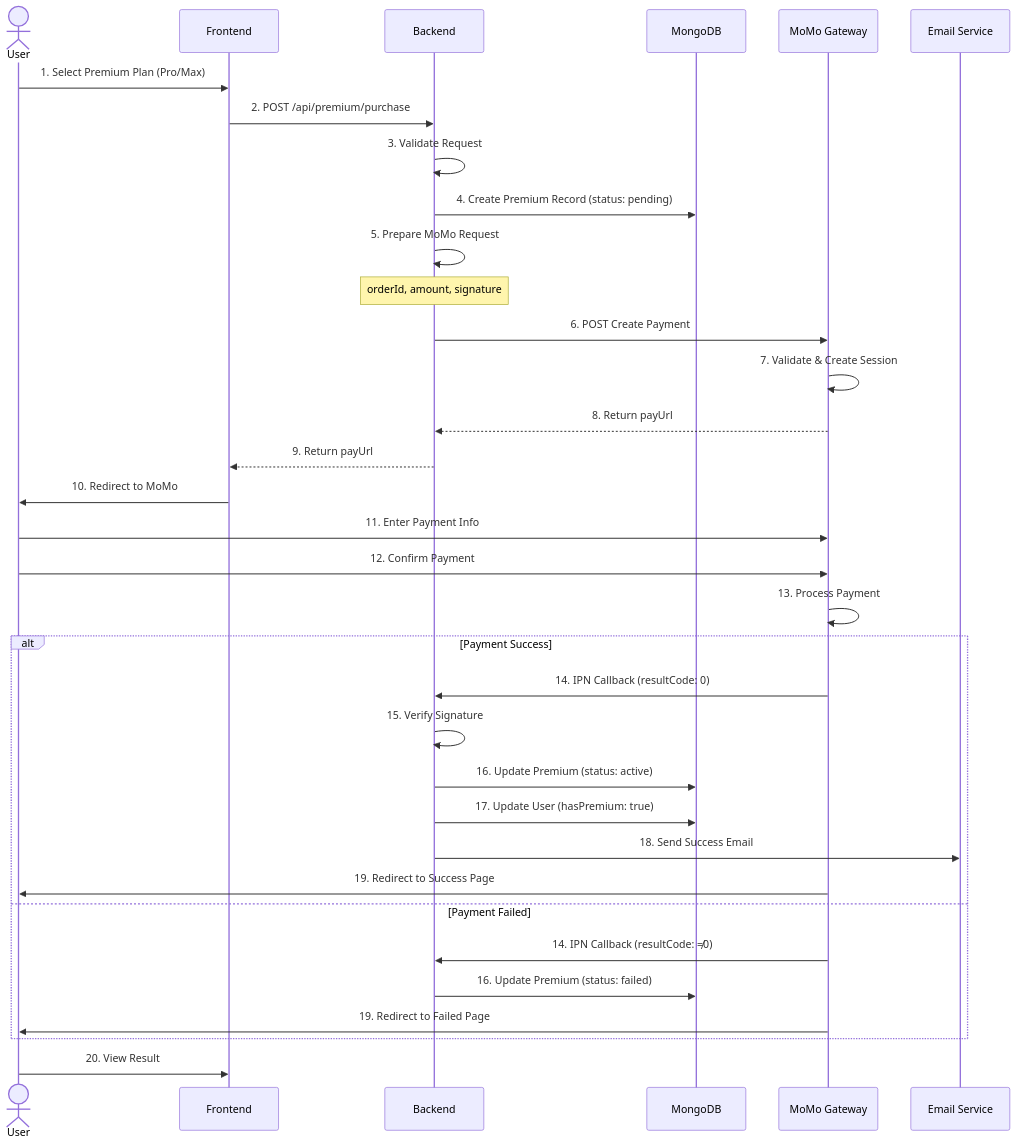
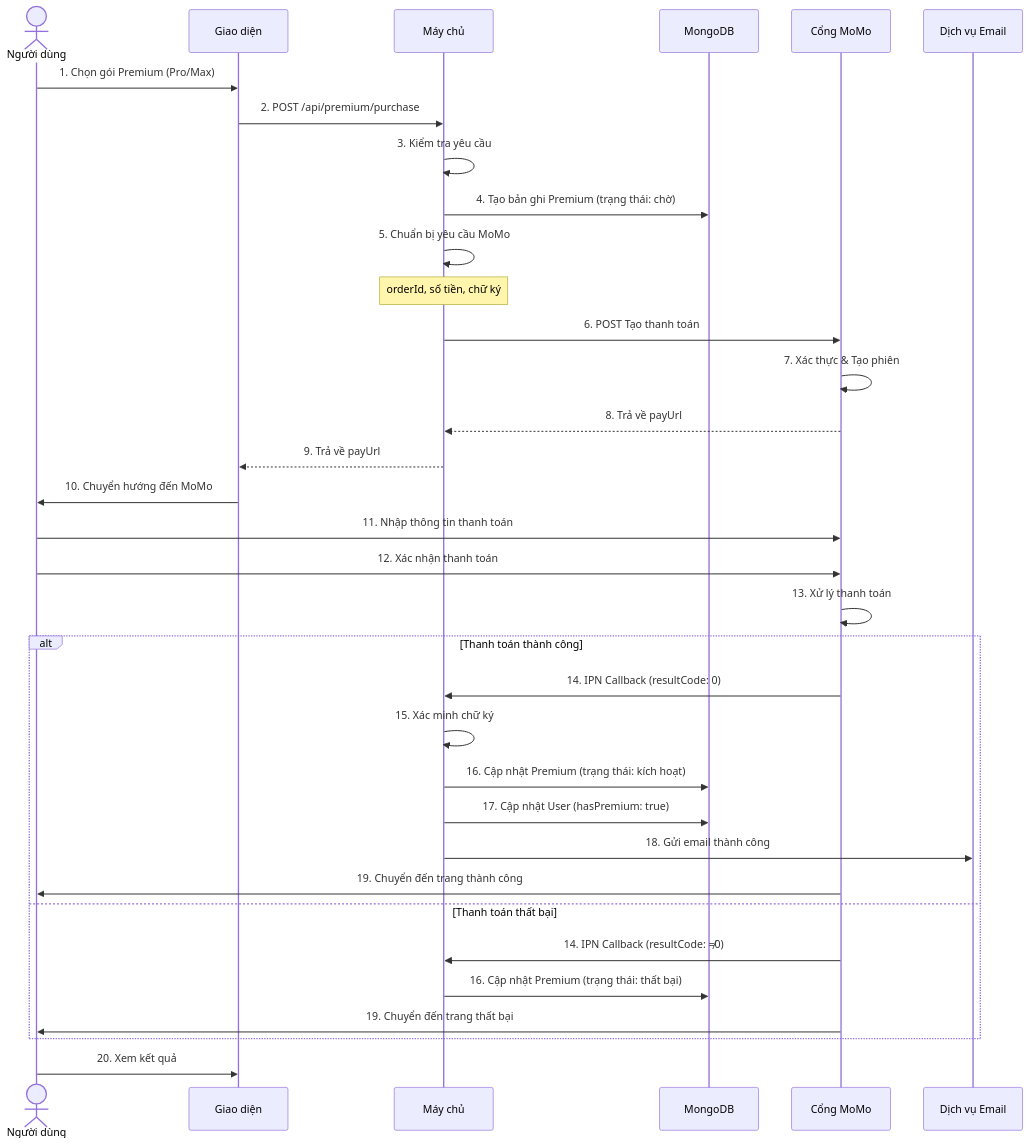
The third of 8 diagrams in DIAGRAMS.md (Son1BeYew/AIStudio), drawn with Mermaid before and after one commit. The commit also changed other lines of this file, not shown here.

````diff
--- a/DIAGRAMS.md
+++ b/DIAGRAMS.md
@@ -128,45 +128,45 @@
 ```mermaid
 sequenceDiagram
-    actor User
-    participant Frontend
-    participant Backend
+    actor NguoiDung as Người dùng
+    participant GiaoDien as Giao diện
+    participant Maychu as Máy chủ
     participant DB as MongoDB
-    participant MoMo as MoMo Gateway
-    participant Email as Email Service
+    participant MoMo as Cổng MoMo
+    participant Email as Dịch vụ Email
     
-    User->>Frontend: 1. Select Premium Plan (Pro/Max)
-    Frontend->>Backend: 2. POST /api/premium/purchase
+    NguoiDung->>GiaoDien: 1. Chọn gói Premium (Pro/Max)
+    GiaoDien->>Maychu: 2. POST /api/premium/purchase
     
-    Backend->>Backend: 3. Validate Request
-    Backend->>DB: 4. Create Premium Record (status: pending)
+    Maychu->>Maychu: 3. Kiểm tra yêu cầu
+    Maychu->>DB: 4. Tạo bản ghi Premium (trạng thái: chờ)
     
-    Backend->>Backend: 5. Prepare MoMo Request
-    Note over Backend: orderId, amount, signature
+    Maychu->>Maychu: 5. Chuẩn bị yêu cầu MoMo
+    Note over Maychu: orderId, số tiền, chữ ký
     
-    Backend->>MoMo: 6. POST Create Payment
-    MoMo->>MoMo: 7. Validate & Create Session
-    MoMo-->>Backend: 8. Return payUrl
+    Maychu->>MoMo: 6. POST Tạo thanh toán
+    MoMo->>MoMo: 7. Xác thực & Tạo phiên
+    MoMo-->>Maychu: 8. Trả về payUrl
     
-    Backend-->>Frontend: 9. Return payUrl
-    Frontend->>User: 10. Redirect to MoMo
+    Maychu-->>GiaoDien: 9. Trả về payUrl
+    GiaoDien->>NguoiDung: 10. Chuyển hướng đến MoMo
     
-    User->>MoMo: 11. Enter Payment Info
-    User->>MoMo: 12. Confirm Payment
+    NguoiDung->>MoMo: 11. Nhập thông tin thanh toán
+    NguoiDung->>MoMo: 12. Xác nhận thanh toán
     
-    MoMo->>MoMo: 13. Process Payment
+    MoMo->>MoMo: 13. Xử lý thanh toán
     
-    alt Payment Success
-        MoMo->>Backend: 14. IPN Callback (resultCode: 0)
-        Backend->>Backend: 15. Verify Signature
-        Backend->>DB: 16. Update Premium (status: active)
-        Backend->>DB: 17. Update User (hasPremium: true)
-        Backend->>Email: 18. Send Success Email
-        MoMo->>User: 19. Redirect to Success Page
-    else Payment Failed
-        MoMo->>Backend: 14. IPN Callback (resultCode: ≠0)
-        Backend->>DB: 16. Update Premium (status: failed)
-        MoMo->>User: 19. Redirect to Failed Page
+    alt Thanh toán thành công
+        MoMo->>Maychu: 14. IPN Callback (resultCode: 0)
+        Maychu->>Maychu: 15. Xác minh chữ ký
+        Maychu->>DB: 16. Cập nhật Premium (trạng thái: kích hoạt)
+        Maychu->>DB: 17. Cập nhật User (hasPremium: true)
+        Maychu->>Email: 18. Gửi email thành công
+        MoMo->>NguoiDung: 19. Chuyển đến trang thành công
+    else Thanh toán thất bại
+        MoMo->>Maychu: 14. IPN Callback (resultCode: ≠0)
+        Maychu->>DB: 16. Cập nhật Premium (trạng thái: thất bại)
+        MoMo->>NguoiDung: 19. Chuyển đến trang thất bại
     end
     
-    User->>Frontend: 20. View Result
+    NguoiDung->>GiaoDien: 20. Xem kết quả
 ```
````
